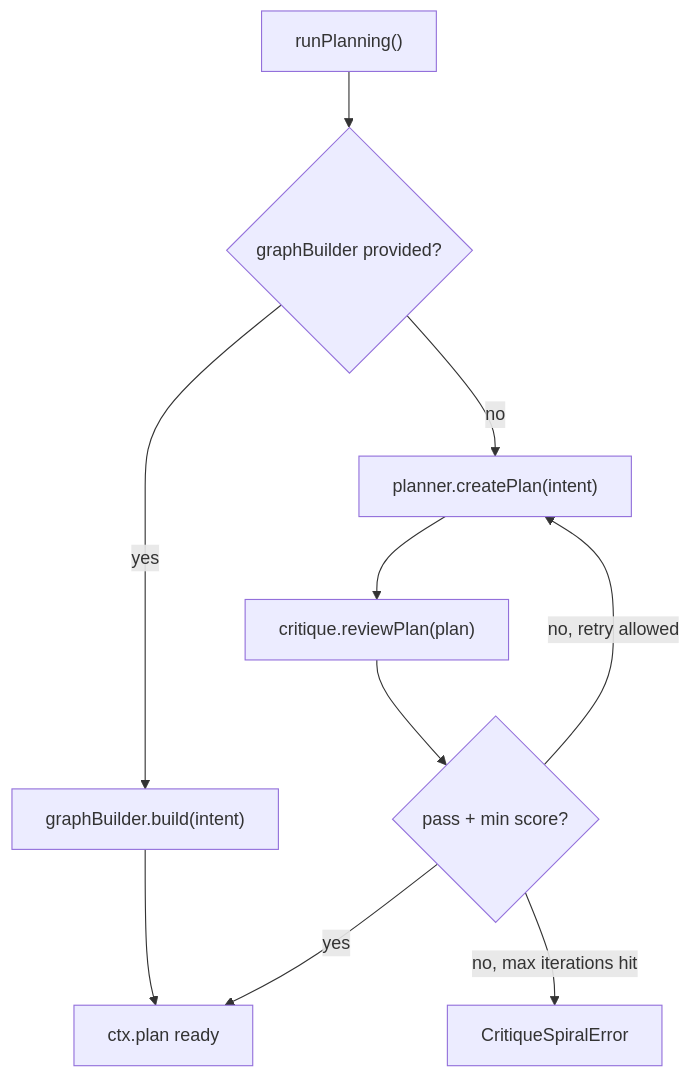
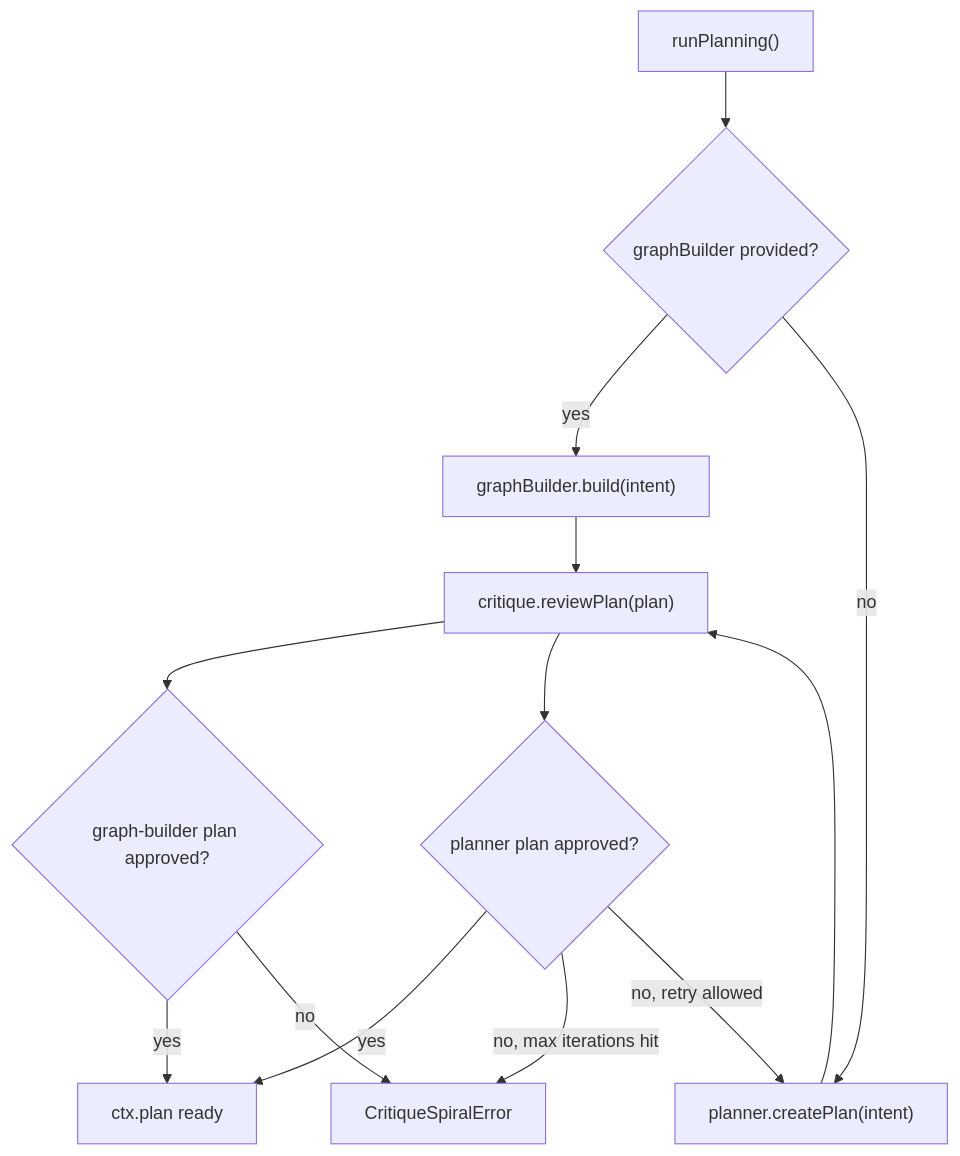
The third of 18 diagrams in docs/DATA_FLOW.md (djm204/frankenbeast), drawn with Mermaid before and after one commit. The commit also changed other lines of this file and 2 other files, not shown here.

First line of the commit message:
docs: correct architecture docs to match real local-CLI wiring and contracts

````diff
--- a/docs/DATA_FLOW.md
+++ b/docs/DATA_FLOW.md
@@ -135,18 +136,21 @@
 ```mermaid
 flowchart TD
     Start["runPlanning()"]
     GraphBuilder{"graphBuilder provided?"}
     GB["graphBuilder.build(intent)"]
     Planner["planner.createPlan(intent)"]
     Critique["critique.reviewPlan(plan)"]
-    Approved{"pass + min score?"}
+    GBApproved{"graph-builder plan approved?"}
+    PlannerApproved{"planner plan approved?"}
     Spiral["CritiqueSpiralError"]
     PlanReady["ctx.plan ready"]
 
     Start --> GraphBuilder
-    GraphBuilder -->|yes| GB --> PlanReady
-    GraphBuilder -->|no| Planner --> Critique --> Approved
-    Approved -->|yes| PlanReady
-    Approved -->|no, max iterations hit| Spiral
-    Approved -->|no, retry allowed| Planner
+    GraphBuilder -->|yes| GB --> Critique --> GBApproved
+    GraphBuilder -->|no| Planner --> Critique --> PlannerApproved
+    GBApproved -->|yes| PlanReady
+    GBApproved -->|no| Spiral
+    PlannerApproved -->|yes| PlanReady
+    PlannerApproved -->|no, max iterations hit| Spiral
+    PlannerApproved -->|no, retry allowed| Planner
 ```
````
